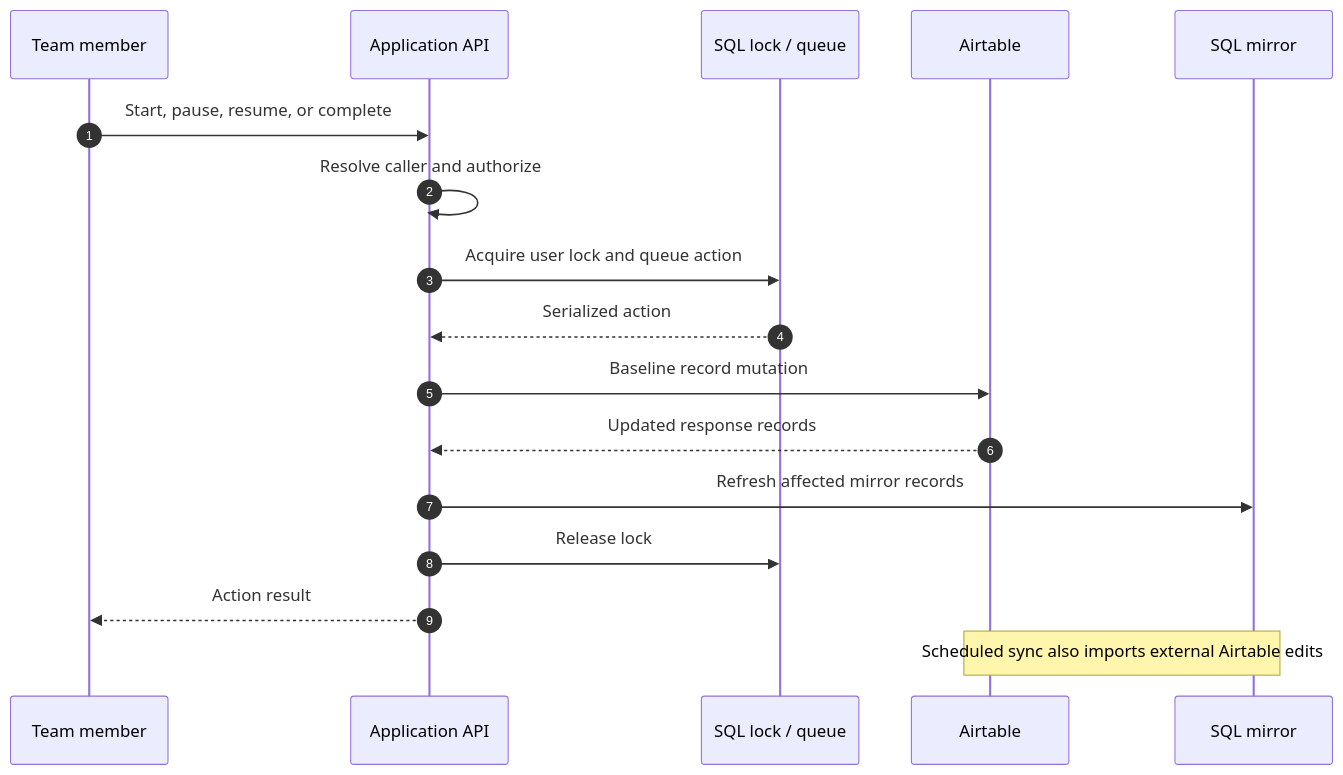
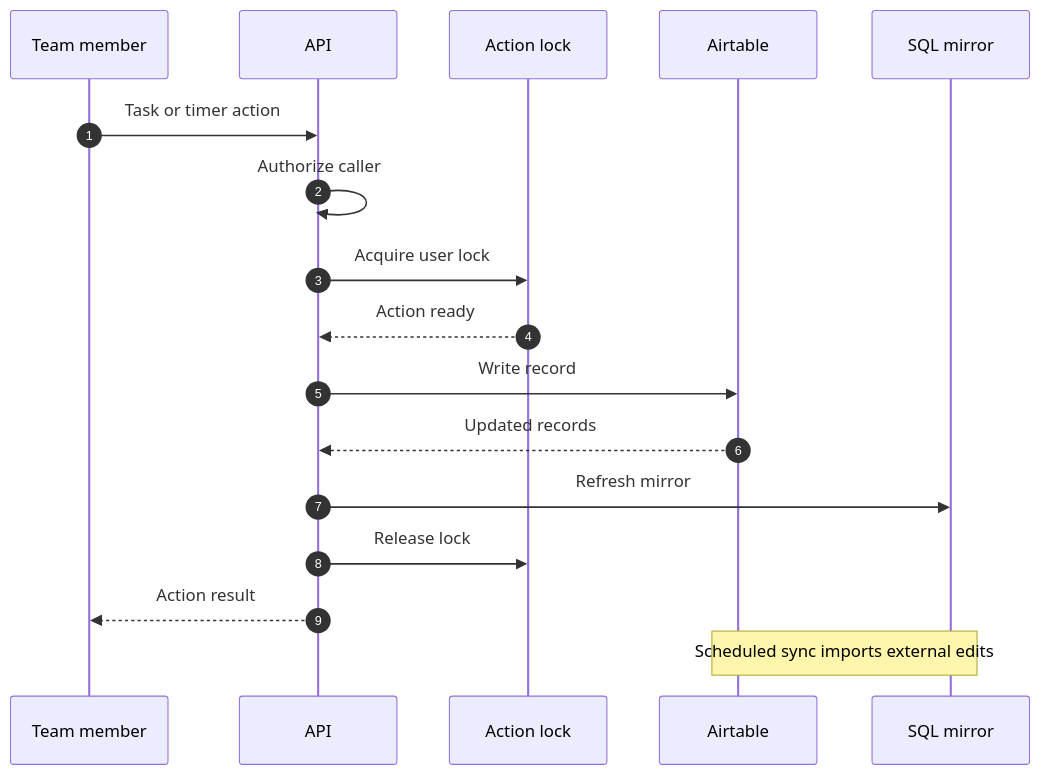
One commit to zulfkicar/zulfkicar.github.io changed the second of 11 diagrams in case-studies/README.md. Above: the diagram before and after it, drawn with Mermaid. The commit also changed other lines of this file and 36 other files, not shown here.

Commit message:
Polish architecture maps and add system-aware portfolio themes

````diff
--- a/case-studies/README.md
+++ b/case-studies/README.md
@@ -50,19 +50,19 @@
 ```mermaid
 sequenceDiagram
   autonumber
   participant User as Team member
-  participant API as Application API
-  participant Lock as SQL lock / queue
+  participant API as API
+  participant Lock as Action lock
   participant AT as Airtable
   participant DB as SQL mirror
-  User->>API: Start, pause, resume, or complete
-  API->>API: Resolve caller and authorize
-  API->>Lock: Acquire user lock and queue action
-  Lock-->>API: Serialized action
-  API->>AT: Baseline record mutation
-  AT-->>API: Updated response records
-  API->>DB: Refresh affected mirror records
+  User->>API: Task or timer action
+  API->>API: Authorize caller
+  API->>Lock: Acquire user lock
+  Lock-->>API: Action ready
+  API->>AT: Write record
+  AT-->>API: Updated records
+  API->>DB: Refresh mirror
   API->>Lock: Release lock
   API-->>User: Action result
-  Note over AT,DB: Scheduled sync also imports external Airtable edits
+  Note over AT,DB: Scheduled sync imports external edits
 ```
````
